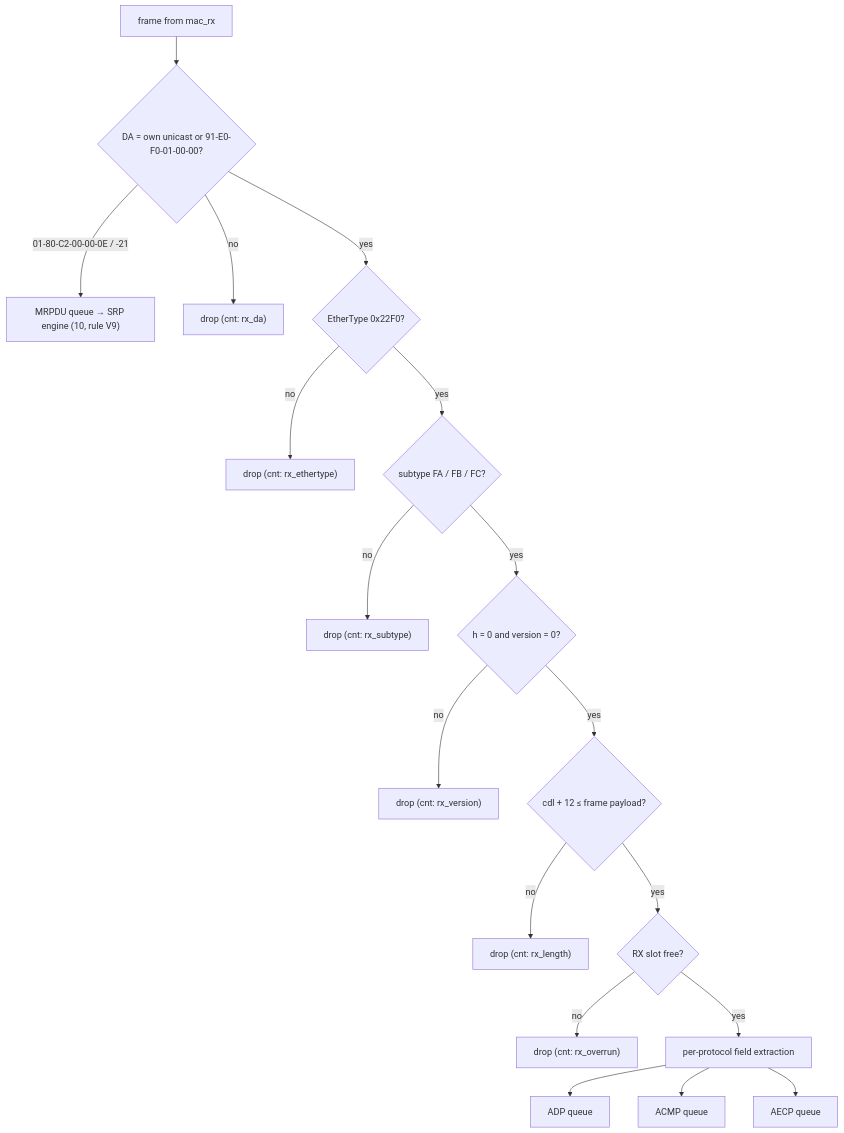
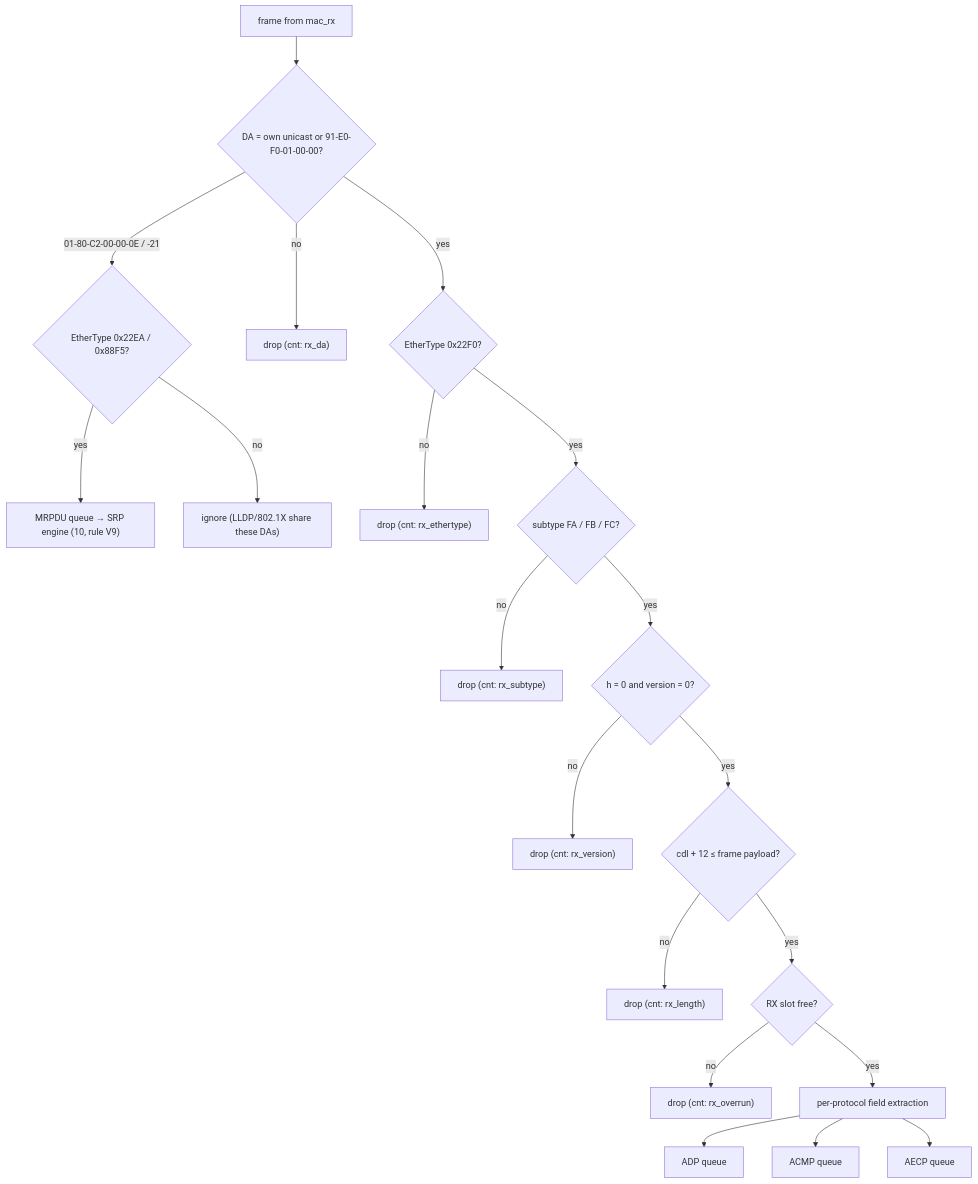
One commit to Mister-M-alt/protocol-processor-control-plane-avb-milan changed the first of 3 diagrams in docs/architecture/03_packet_engine.md. Above: the diagram before and after it, drawn with Mermaid. The commit also changed other lines of this file and 9 other files, not shown here.

````diff
--- a/docs/architecture/03_packet_engine.md
+++ b/docs/architecture/03_packet_engine.md
@@ -35,20 +35,22 @@
 ```mermaid
 flowchart TB
   in["frame from mac_rx"] --> da{"DA = own unicast or 91-E0-F0-01-00-00?"}
-  da -- "01-80-C2-00-00-0E / -21" --> mrp["MRPDU queue → SRP engine (10, rule V9)"]
+  da -- "01-80-C2-00-00-0E / -21" --> mrpet{"EtherType 0x22EA / 0x88F5?"}
+  mrpet -- yes --> mrp["MRPDU queue → SRP engine (10, rule V9)"]
+  mrpet -- no --> notmrp["ignore (LLDP/802.1X share these DAs)"]
   da -- no --> drop1["drop (cnt: rx_da)"]
   da -- yes --> et{"EtherType 0x22F0?"}
   et -- no --> drop2["drop (cnt: rx_ethertype)"]
   et -- yes --> st{"subtype FA / FB / FC?"}
   st -- no --> drop3["drop (cnt: rx_subtype)"]
   st -- yes --> hv{"h = 0 and version = 0?"}
   hv -- no --> drop4["drop (cnt: rx_version)"]
   hv -- yes --> len{"cdl + 12 &le; frame payload?"}
   len -- no --> drop5["drop (cnt: rx_length)"]
   len -- yes --> slot{"RX slot free?"}
   slot -- no --> drop6["drop (cnt: rx_overrun)"]
   slot -- yes --> extract["per-protocol field extraction"]
   extract --> adpq["ADP queue"]
   extract --> acmpq["ACMP queue"]
   extract --> aecpq["AECP queue"]
 ```
````
